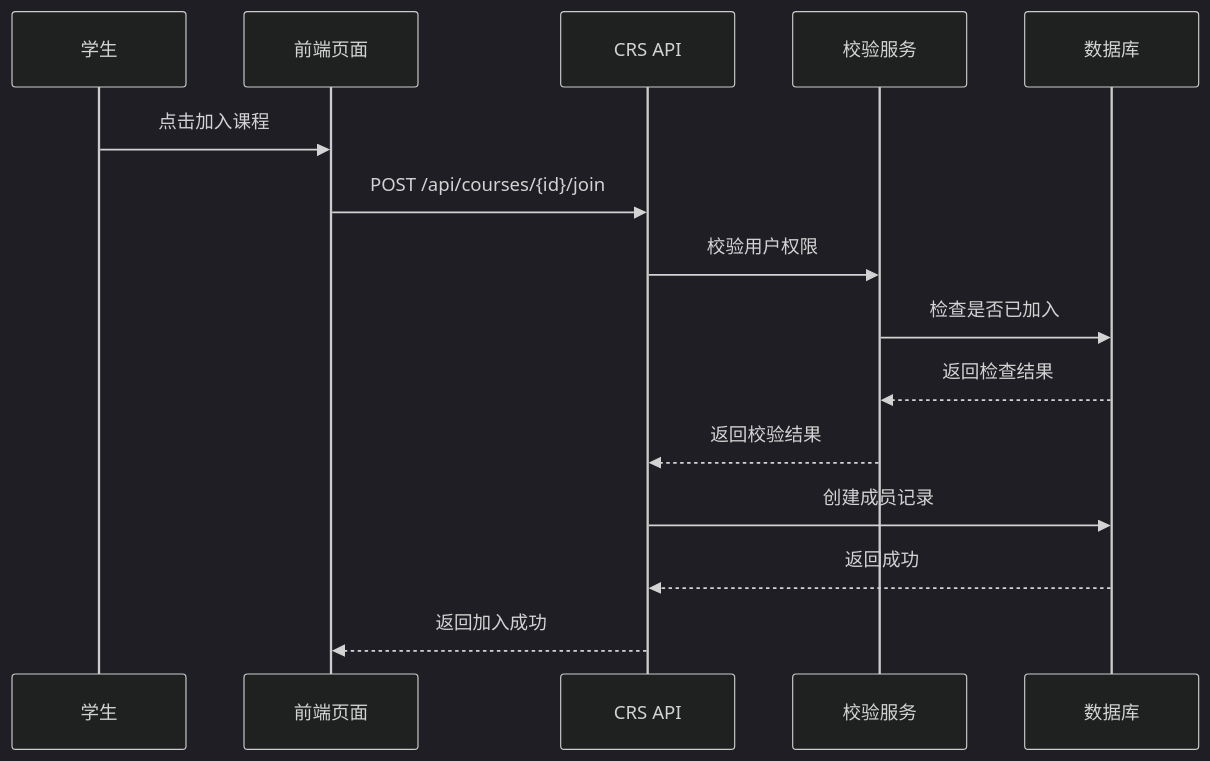
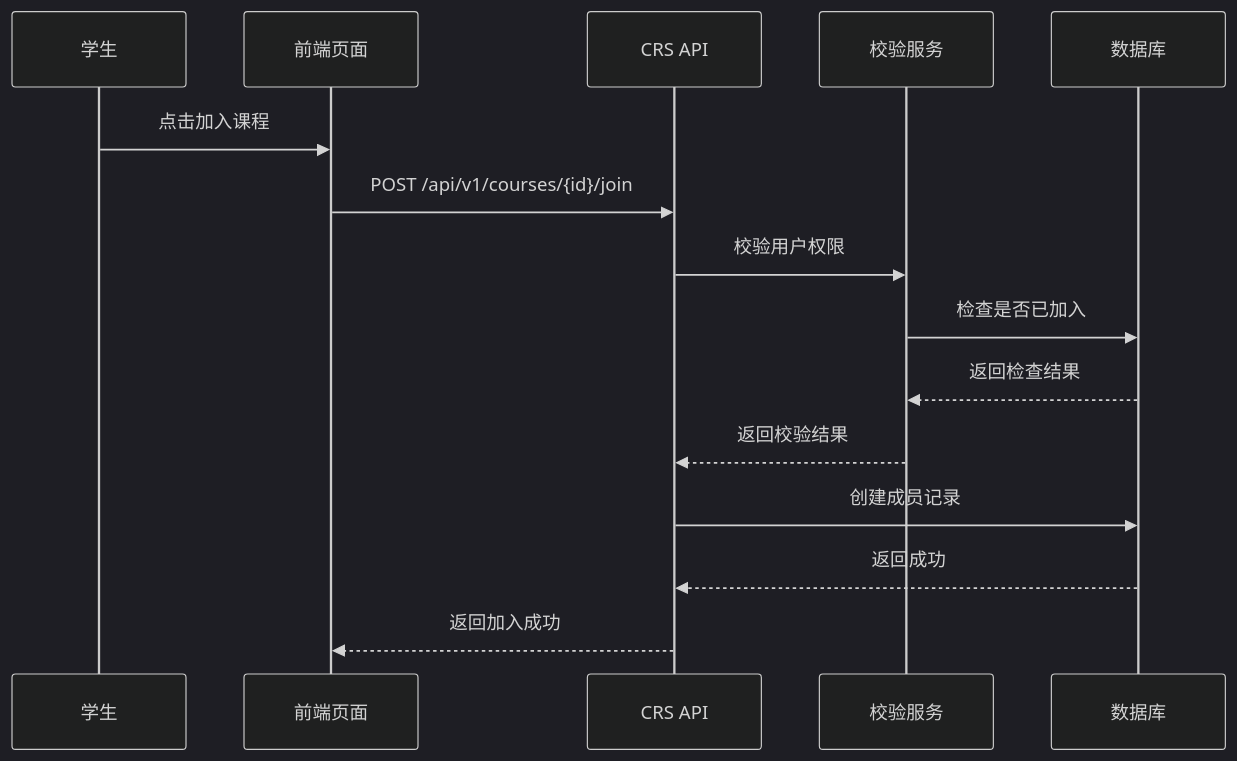
Diagram 16 of 47 in docs/最终提交/软件详细设计说明书.md (Cr4zyorange/OnlineJudge), drawn with Mermaid (dark theme) before and after one commit. The commit also changed other lines of this file, not shown here.

````diff
--- a/docs/最终提交/软件详细设计说明书.md
+++ b/docs/最终提交/软件详细设计说明书.md
@@ -1333,17 +1334,17 @@
 ```mermaid
 sequenceDiagram
   participant S as 学生
   participant P as 前端页面
   participant A as CRS API
   participant V as 校验服务
   participant D as 数据库
   S->>P: 点击加入课程
-  P->>A: POST /api/courses/{id}/join
+  P->>A: POST /api/v1/courses/{id}/join
   A->>V: 校验用户权限
   V->>D: 检查是否已加入
   D-->>V: 返回检查结果
   V-->>A: 返回校验结果
   A->>D: 创建成员记录
   D-->>A: 返回成功
   A-->>P: 返回加入成功
 ```
````
